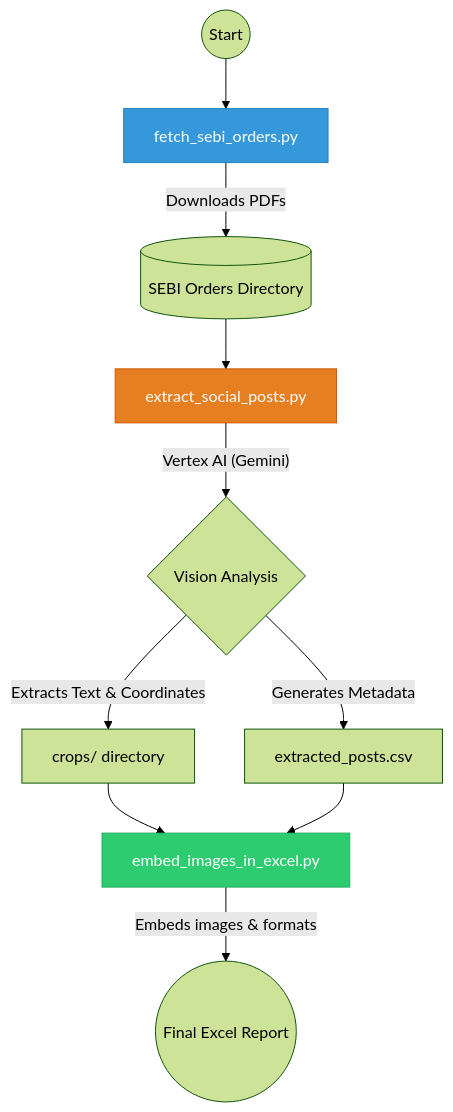
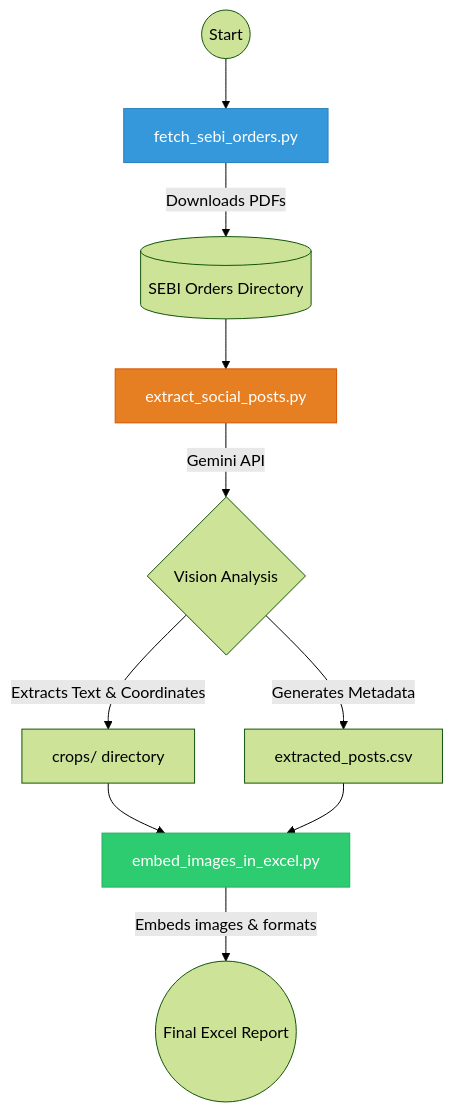
The diagram in README.md (TAPMI-Max-Planck-Partner-Group/sebi-orders), drawn with Mermaid (forest theme) before and after one commit. The commit also changed other lines of this file, not shown here.

Commit message:
docs: update README with Gemini API instructions and LLM analysis details

````diff
--- a/README.md
+++ b/README.md
@@ -18,16 +18,16 @@
 ```mermaid
 graph TD
     A((Start)) --> B[fetch_sebi_orders.py]
     B -- Downloads PDFs --> C[(SEBI Orders Directory)]
     C --> D[extract_social_posts.py]
-    D -- Vertex AI (Gemini) --> E{Vision Analysis}
+    D -- Gemini API --> E{Vision Analysis}
     E -- Extracts Text & Coordinates --> F[crops/ directory]
     E -- Generates Metadata --> G[extracted_posts.csv]
     F --> H[embed_images_in_excel.py]
     G --> H
     H -- Embeds images & formats --> I((Final Excel Report))
     
     style B fill:#3498db,stroke:#2980b9,color:#fff
     style D fill:#e67e22,stroke:#d35400,color:#fff
     style H fill:#2ecc71,stroke:#27ae60,color:#fff
 ```
````
